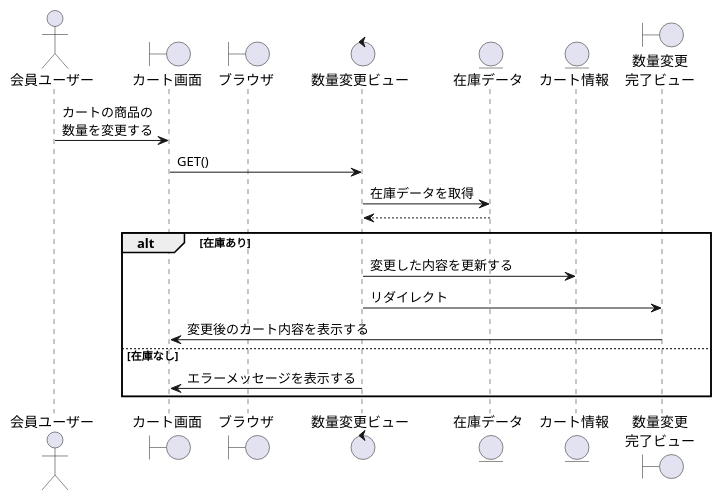
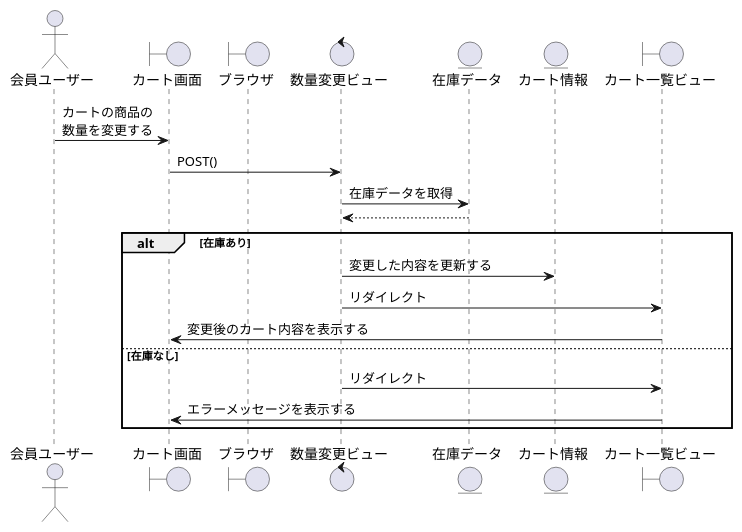
One commit to ysyk-wtnb16/team_D changed the diagram in BBショップ/カート数量変更.wsd. Above: the diagram before and after it, drawn with PlantUML.

Commit message:
ｌ

```diff
--- a/BBショップ/カート数量変更.wsd
+++ b/BBショップ/カート数量変更.wsd
@@ -1,25 +1,27 @@
 @startuml cart_tuika
 
 actor "会員ユーザー" as act
 boundary "カート画面" as cart
 boundary "ブラウザ" as brz
 control "数量変更ビュー" as shv
 entity "在庫データ" as stockdata
 entity "カート情報" as cartinfo
-boundary "数量変更\n完了ビュー" as shkv
+boundary "カート一覧ビュー" as shkv
 
 act -> cart:カートの商品の\n数量を変更する
-cart -> shv: GET()
+' 主キーいれる
+cart -> shv: POST()
 shv -> stockdata: 在庫データを取得
 shv <-- stockdata:
 
 alt 在庫あり
     shv -> cartinfo: 変更した内容を更新する
     shv -> shkv: リダイレクト
     cart <- shkv: 変更後のカート内容を表示する
 
 else 在庫なし
-    shv -> cart: エラーメッセージを表示する
+    shv -> shkv: リダイレクト
+    shkv -> cart: エラーメッセージを表示する
 end
 
 @enduml
```
